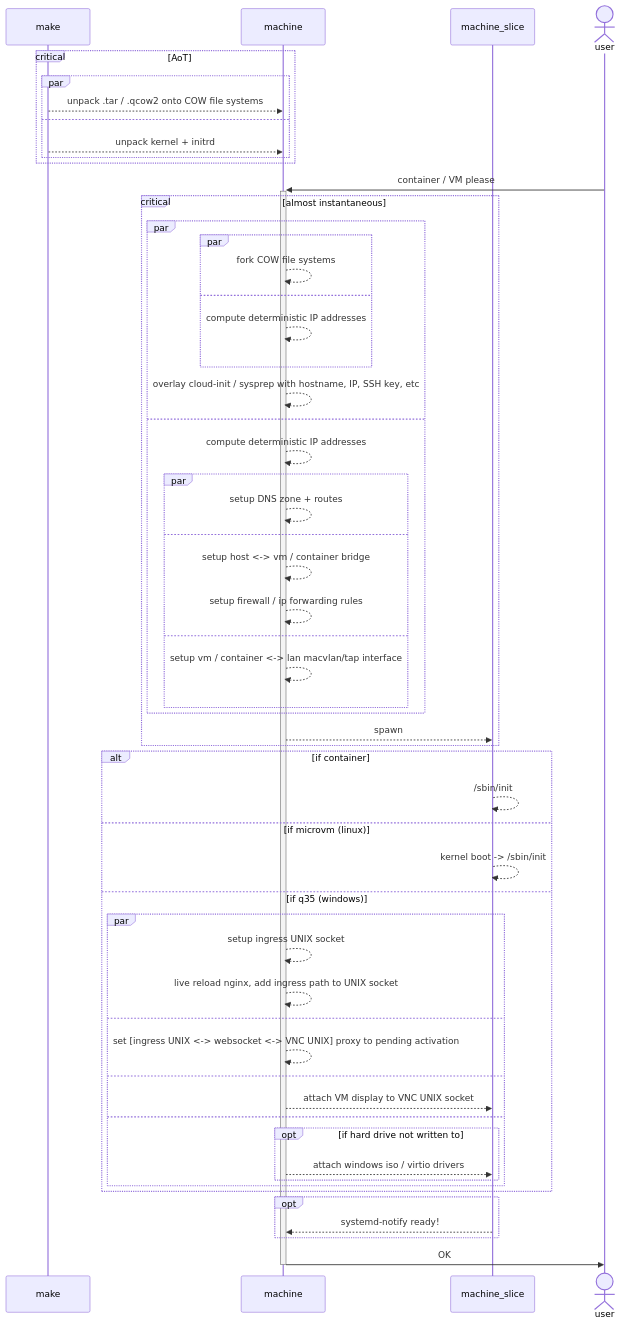
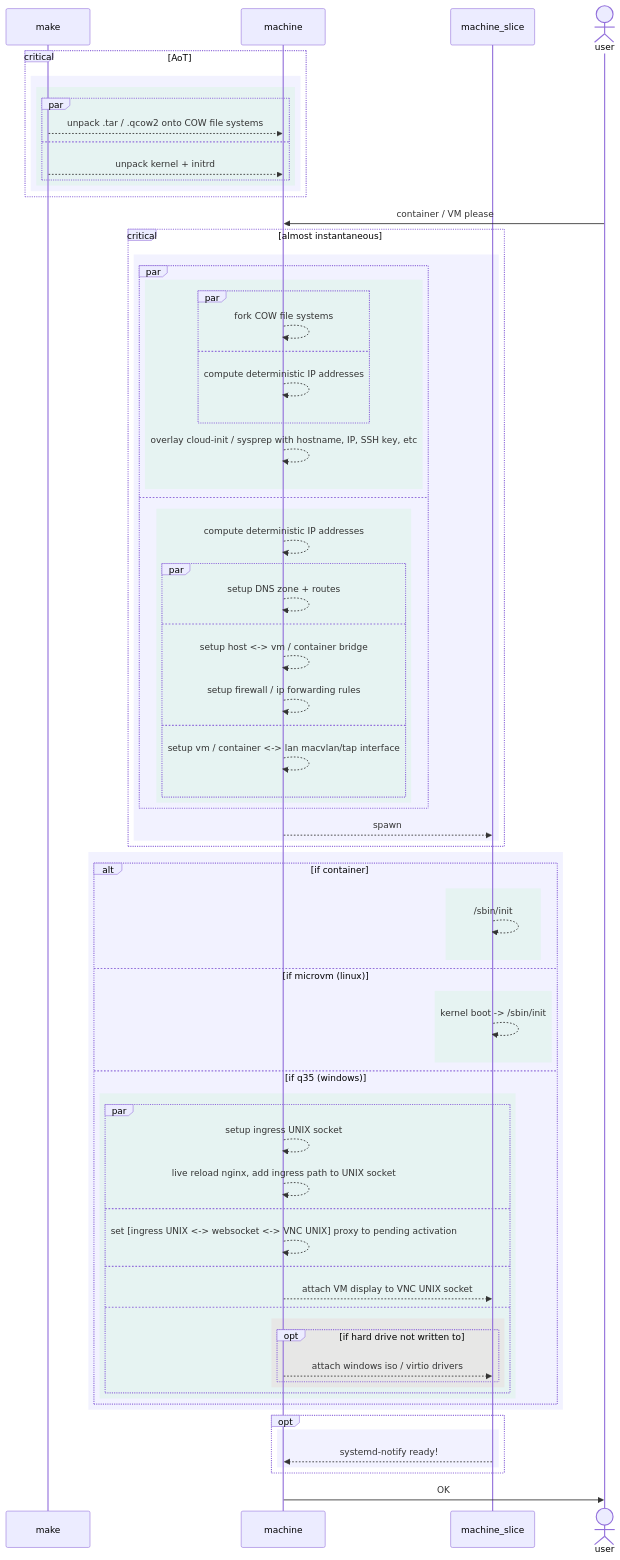
The first of 2 diagrams in README.md (ms-jpq/lab), drawn with Mermaid before and after one commit.

````diff
--- a/README.md
+++ b/README.md
@@ -40,60 +40,82 @@
   actor user
 
   critical AoT
-    par
-      make-->>machine : unpack .tar / .qcow2 onto COW file systems
-    and
-      make-->>machine : unpack kernel + initrd
+    rect rgba(0, 0, 255, 0.05)
+      rect rgba(0, 255, 0, 0.05)
+        par
+          make-->>machine : unpack .tar / .qcow2 onto COW file systems
+        and
+          make-->>machine : unpack kernel + initrd
+        end
+      end
     end
   end
 
-  user->>+machine : container / VM please
+  user->>machine : container / VM please
 
   critical almost instantaneous
-    par
+    rect rgba(0, 0, 255, 0.05)
       par
-        machine-->>machine : fork COW file systems
+        rect rgba(0, 255, 0, 0.05)
+          par
+            machine-->>machine : fork COW file systems
+          and
+            machine-->>machine : compute deterministic IP addresses
+          end
+          machine-->>machine : overlay cloud-init / sysprep with hostname, IP, SSH key, etc
+        end
       and
-        machine-->>machine : compute deterministic IP addresses
+        rect rgba(0, 255, 0, 0.05)
+          machine-->>machine : compute deterministic IP addresses
+          par
+            machine-->>machine : setup DNS zone + routes
+          and
+            machine-->>machine : setup host <-> vm / container bridge
+            machine-->>machine : setup firewall / ip forwarding rules
+          and
+            machine-->>machine : setup vm / container <-> lan macvlan/tap interface
+          end
+        end
       end
-      machine-->>machine : overlay cloud-init / sysprep with hostname, IP, SSH key, etc
-    and
-      machine-->>machine : compute deterministic IP addresses
-      par
-        machine-->>machine : setup DNS zone + routes
-      and
-        machine-->>machine : setup host <-> vm / container bridge
-        machine-->>machine : setup firewall / ip forwarding rules
-      and
-        machine-->>machine : setup vm / container <-> lan macvlan/tap interface
-      end
+
+      machine-->>machine_slice : spawn
     end
-
-    machine-->>machine_slice : spawn
   end
 
-  alt if container
-    machine_slice-->>machine_slice : /sbin/init
-  else if microvm (linux)
-    machine_slice-->>machine_slice : kernel boot -> /sbin/init
-  else if q35 (windows)
-    par
-      machine-->>machine : setup ingress UNIX socket
-      machine-->>machine : live reload nginx, add ingress path to UNIX socket
-    and
-      machine-->>machine : set [ingress UNIX <-> websocket <-> VNC UNIX] proxy to pending activation
-    and
-      machine-->>machine_slice : attach VM display to VNC UNIX socket
-    and
-      opt if hard drive not written to
-        machine-->>machine_slice : attach windows iso / virtio drivers
+  rect rgba(0, 0, 255, 0.05)
+    alt if container
+      rect rgba(0, 255, 0, 0.05)
+        machine_slice-->>machine_slice : /sbin/init
+      end
+    else if microvm (linux)
+      rect rgba(0, 255, 0, 0.05)
+        machine_slice-->>machine_slice : kernel boot -> /sbin/init
+      end
+    else if q35 (windows)
+      rect rgba(0, 255, 0, 0.05)
+        par
+          machine-->>machine : setup ingress UNIX socket
+          machine-->>machine : live reload nginx, add ingress path to UNIX socket
+        and
+          machine-->>machine : set [ingress UNIX <-> websocket <-> VNC UNIX] proxy to pending activation
+        and
+          machine-->>machine_slice : attach VM display to VNC UNIX socket
+        and
+          rect rgba(255, 0, 0, 0.05)
+            opt if hard drive not written to
+              machine-->>machine_slice : attach windows iso / virtio drivers
+            end
+          end
+        end
       end
     end
   end
 
   opt
-    machine_slice-->>machine : systemd-notify ready!
+    rect rgba(0, 0, 255, 0.05)
+      machine_slice-->>machine : systemd-notify ready!
+    end
   end
 
-  machine->>-user : OK
+  machine->>user : OK
 ```
````
